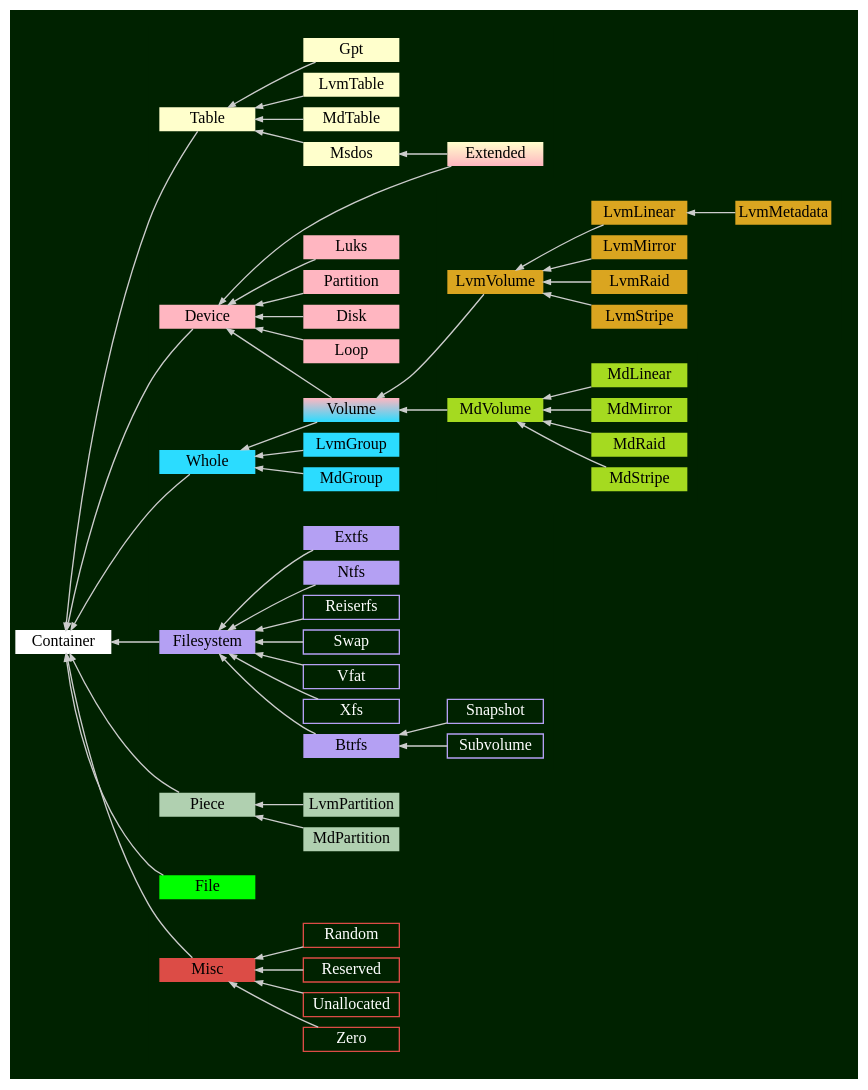
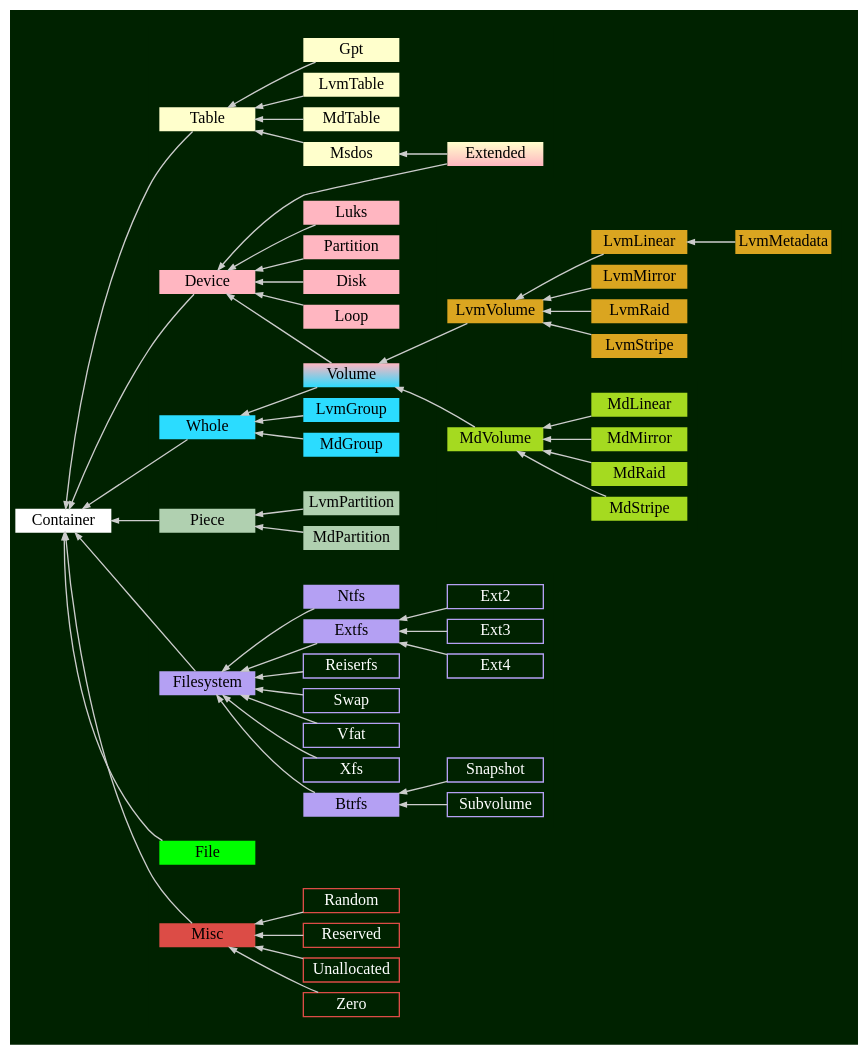
Before and after one commit to flatcap/dparted: the diagram in gfx/class_dparted4.gv, drawn with Graphviz. The commit also changed 12 other files, not shown here.

```diff
--- a/gfx/class_dparted4.gv
+++ b/gfx/class_dparted4.gv
@@ -1,159 +1,167 @@
 digraph G
 {
 	graph [ rankdir="RL" bgcolor="#002200", color=white nodesep=0.1 ranksep=0.5 ];
 	node  [ shape=record fontsize=12 style=filled color=white width="1.0" height="0.25" fixedsize=true penwidth=0 ];
 	edge  [ penwidth=1.0 color="#CCCCCC" arrowsize=0.5 ];
 
 	Container      [ fillcolor="#FFFFFF" ];
 
 	Table          [ fillcolor="#FFFFCC" ];
 	Gpt            [ fillcolor="#FFFFCC" ];
 	LvmTable       [ fillcolor="#FFFFCC" ];
 	MdTable        [ fillcolor="#FFFFCC" ];
 	Msdos          [ fillcolor="#FFFFCC" ];
 	Extended       [ fillcolor="#FFFFCC:#FFB6C1" gradientangle=270 ];
-
-	Btrfs          [ fillcolor="#B4A0F3" ];
-	Extfs          [ fillcolor="#B4A0F3" ];
-	Filesystem     [ fillcolor="#B4A0F3" ];
-	Ntfs           [ fillcolor="#B4A0F3" ];
-
-	Reiserfs       [ color="#B4A0F3" fontcolor=white style=solid penwidth=1 ];
-	Swap           [ color="#B4A0F3" fontcolor=white style=solid penwidth=1 ];
-	Vfat           [ color="#B4A0F3" fontcolor=white style=solid penwidth=1 ];
-	Xfs            [ color="#B4A0F3" fontcolor=white style=solid penwidth=1 ];
-
-	BtrfsSnapshot  [ label="Snapshot"  color="#B4A0F3" fontcolor=white style=solid penwidth=1 ];
-	BtrfsSubvolume [ label="Subvolume" color="#B4A0F3" fontcolor=white style=solid penwidth=1 ];
 
 	Volume         [ fillcolor="#2BDCFF:#FFB6C1" gradientangle=90 ];
 	Whole          [ fillcolor="#2BDCFF" ];
 
 	LvmLinear      [ fillcolor="#DAA520" ];
 	LvmMetadata    [ fillcolor="#DAA520" ];
 	LvmMirror      [ fillcolor="#DAA520" ];
 	LvmRaid        [ fillcolor="#DAA520" ];
 	LvmStripe      [ fillcolor="#DAA520" ];
 	LvmVolume      [ fillcolor="#DAA520" ];
 
 	MdLinear       [ fillcolor="#A5DA20" ];
 	MdMirror       [ fillcolor="#A5DA20" ];
 	MdRaid         [ fillcolor="#A5DA20" ];
 	MdStripe       [ fillcolor="#A5DA20" ];
 	MdVolume       [ fillcolor="#A5DA20" ];
 
 	Device         [ fillcolor="#FFB6C1" ];
 	Luks           [ fillcolor="#FFB6C1" ];
 	Partition      [ fillcolor="#FFB6C1" ];
 
 	Disk           [ fillcolor="#FFB6C1" ];
 	Loop           [ fillcolor="#FFB6C1" ];
 
 	LvmPartition   [ fillcolor="#B0D0B0" ];
 	MdPartition    [ fillcolor="#B0D0B0" ];
 	Piece          [ fillcolor="#B0D0B0" ];
+
+	Btrfs          [ fillcolor="#B4A0F3" ];
+	Extfs          [ fillcolor="#B4A0F3" ];
+	Filesystem     [ fillcolor="#B4A0F3" ];
+	Ntfs           [ fillcolor="#B4A0F3" ];
+
+	Ext2  [ color="#B4A0F3" fontcolor=white style=solid penwidth=1 ];
+	Ext3  [ color="#B4A0F3" fontcolor=white style=solid penwidth=1 ];
+	Ext4  [ color="#B4A0F3" fontcolor=white style=solid penwidth=1 ];
+
+	Reiserfs       [ color="#B4A0F3" fontcolor=white style=solid penwidth=1 ];
+	Swap           [ color="#B4A0F3" fontcolor=white style=solid penwidth=1 ];
+	Vfat           [ color="#B4A0F3" fontcolor=white style=solid penwidth=1 ];
+	Xfs            [ color="#B4A0F3" fontcolor=white style=solid penwidth=1 ];
+
+	BtrfsSnapshot  [ label="Snapshot"  color="#B4A0F3" fontcolor=white style=solid penwidth=1 ];
+	BtrfsSubvolume [ label="Subvolume" color="#B4A0F3" fontcolor=white style=solid penwidth=1 ];
 
 	File           [ fillcolor="#00FF00" ];
 
 	Misc           [ fillcolor="#DC4C46" ];
 	Random         [ color="#DC4C46" fontcolor=white style=solid penwidth=1 ];
 	Reserved       [ color="#DC4C46" fontcolor=white style=solid penwidth=1 ];
 	Unallocated    [ color="#DC4C46" fontcolor=white style=solid penwidth=1 ];
 	Zero           [ color="#DC4C46" fontcolor=white style=solid penwidth=1 ];
 
 	LvmGroup       [ fillcolor="#2BDCFF" ];
 	MdGroup        [ fillcolor="#2BDCFF" ];
 
 	Device     -> Container;
 	Filesystem -> Container;
 	Misc       -> Container;
 	Piece      -> Container;
 	Table      -> Container;
 	Whole      -> Container;
 
 	File       -> Container;
 
 	LvmVolume  -> Volume;
 	MdVolume   -> Volume;
 
 	Extended   -> Device;
 
 	subgraph cluster_1 {
 		color = transparent;
 
 		Extended             -> Msdos;
 
 		Gpt                  -> Table;
 		LvmTable             -> Table;
 		MdTable              -> Table;
 		Msdos                -> Table;
 	}
 
 	subgraph cluster_2 {
 		color = transparent;
 
 		Btrfs                -> Filesystem;
 		Extfs                -> Filesystem;
 		Ntfs                 -> Filesystem;
 		Reiserfs             -> Filesystem;
 		Swap                 -> Filesystem;
 		Vfat                 -> Filesystem;
 		Xfs                  -> Filesystem;
+
+		Ext2                 -> Extfs;
+		Ext3                 -> Extfs;
+		Ext4                 -> Extfs;
 
 		BtrfsSubvolume       -> Btrfs;
 		BtrfsSnapshot        -> Btrfs;
 	}
 
 	subgraph cluster_3 {
 		color = transparent;
 
 		Zero                 -> Misc;
 		Random               -> Misc;
 		Reserved             -> Misc;
 		Unallocated          -> Misc;
 	}
 
 	subgraph cluster_4 {
 		color = transparent;
 
 		LvmPartition         -> Piece;
 		MdPartition          -> Piece;
 	}
 
 	subgraph cluster_5 {
 		color = transparent;
 
 		LvmMetadata          -> LvmLinear;
 		LvmLinear            -> LvmVolume;
 		LvmMirror            -> LvmVolume;
 		LvmRaid              -> LvmVolume;
 		LvmStripe            -> LvmVolume;
 	}
 
 	subgraph cluster_6 {
 		color = transparent;
 
 		MdLinear             -> MdVolume;
 		MdMirror             -> MdVolume;
 		MdRaid               -> MdVolume;
 		MdStripe             -> MdVolume;
 	}
 
 	subgraph cluster_7 {
 		color = transparent;
 
 		LvmGroup             -> Whole;
 		MdGroup              -> Whole;
 		Volume               -> Whole;
 	}
 
 	subgraph cluster_8 {
 		color = transparent;
 
 		Partition            -> Device;
 		Luks                 -> Device;
 		Disk                 -> Device;
 		Loop                 -> Device;
 		Volume               -> Device;
 	}
 }
```
